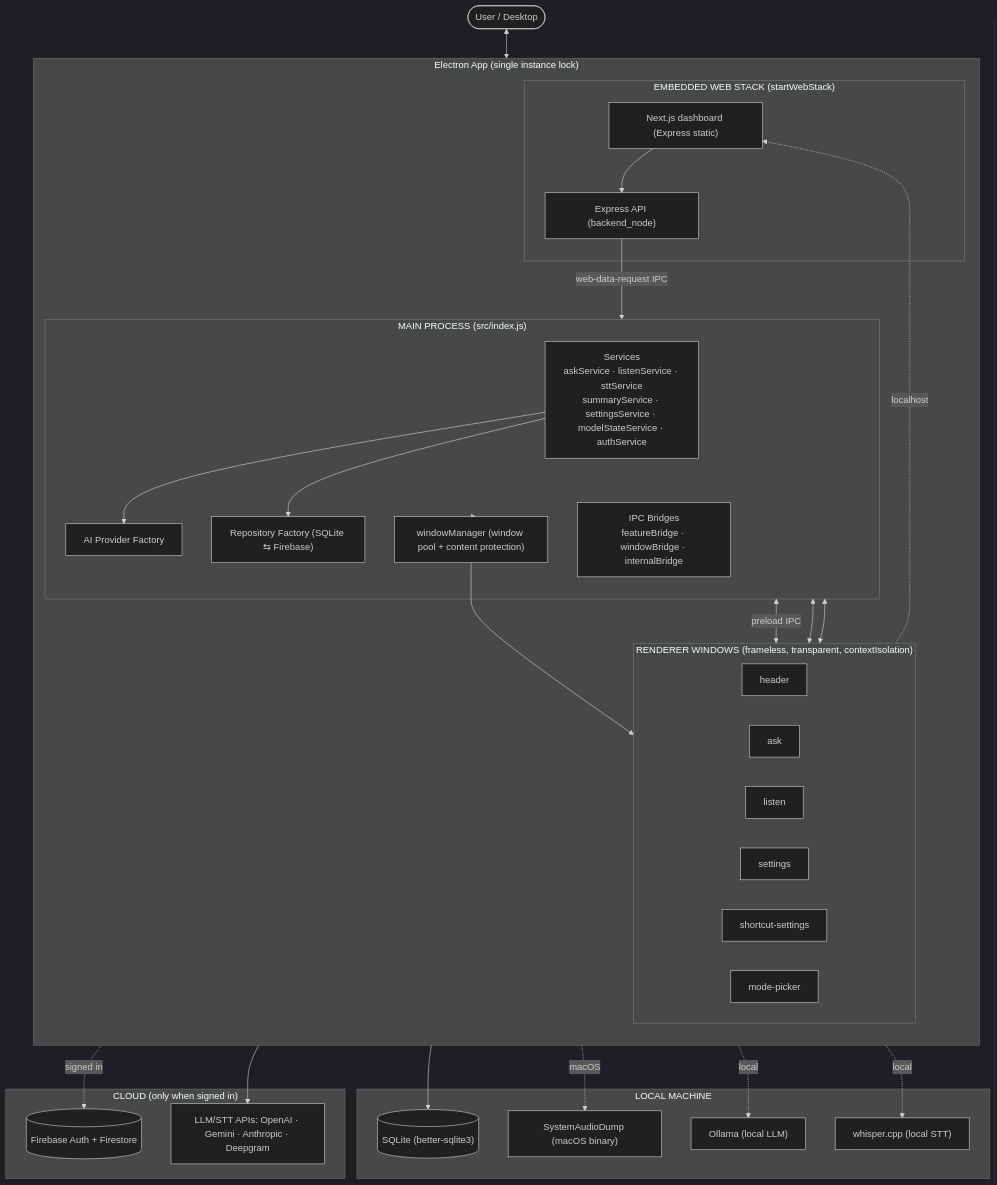
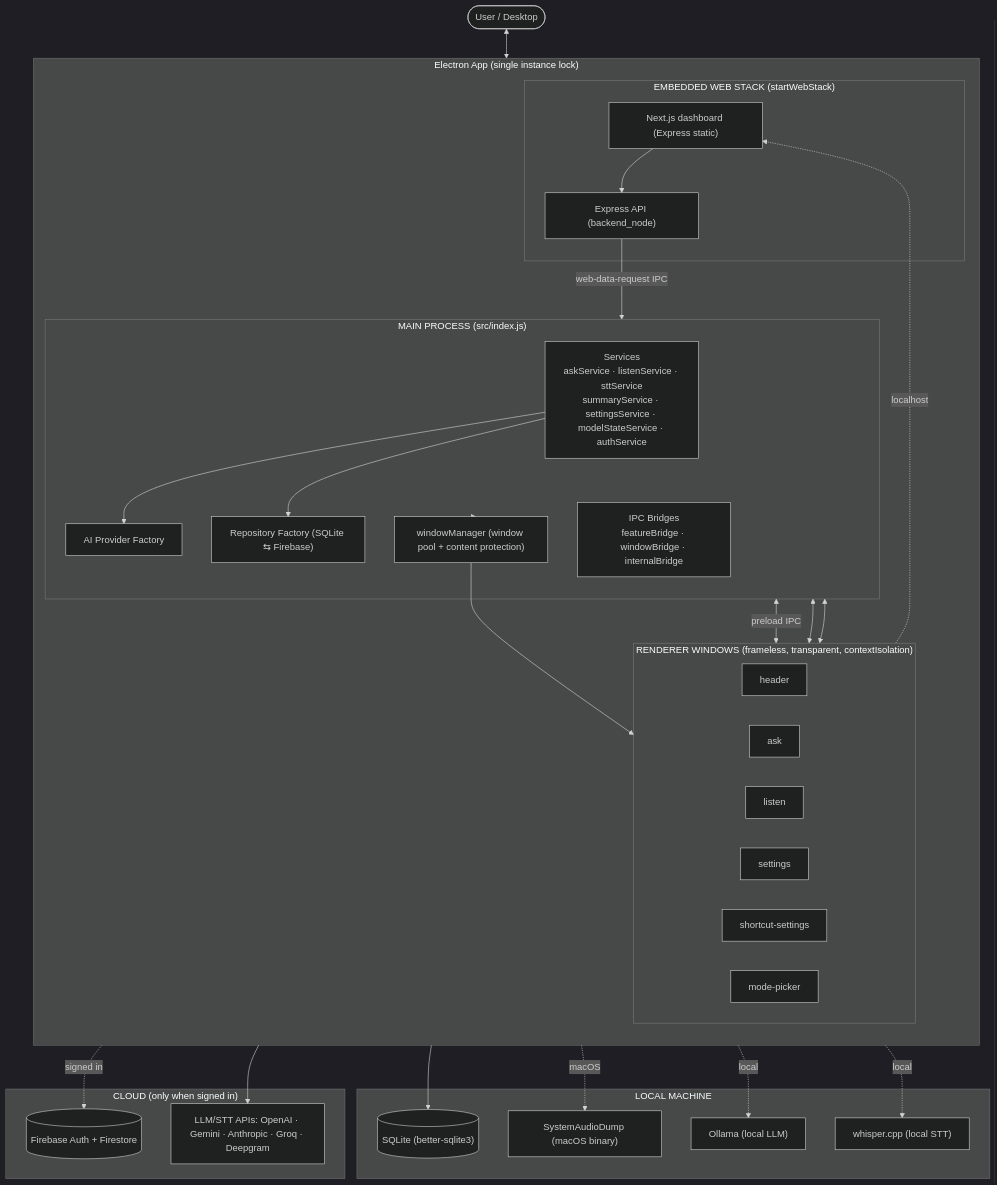
Before and after one commit to tas88-sys/glass: the first of 15 diagrams in ARCHITECTURE.md, drawn with Mermaid (dark theme). The commit also changed other lines of this file and 14 other files, not shown here.

````diff
--- a/ARCHITECTURE.md
+++ b/ARCHITECTURE.md
@@ -133,49 +133,49 @@
 ```mermaid
 flowchart TB
     user(["User / Desktop"])
     subgraph electron["Electron App (single instance lock)"]
         direction TB
         subgraph main["MAIN PROCESS  (src/index.js)"]
             svc["Services<br/>askService · listenService · sttService<br/>summaryService · settingsService · modelStateService · authService"]
             bridges["IPC Bridges<br/>featureBridge · windowBridge · internalBridge"]
             repos["Repository Factory (SQLite ⇆ Firebase)"]
             ai["AI Provider Factory"]
             winmgr["windowManager (window pool + content protection)"]
         end
         subgraph renderers["RENDERER WINDOWS (frameless, transparent, contextIsolation)"]
             direction LR
             header["header"]
             ask["ask"]
             listen["listen"]
             settings["settings"]
             shortcut["shortcut-settings"]
             modepicker["mode-picker"]
         end
         subgraph webstack["EMBEDDED WEB STACK (startWebStack)"]
             nextjs["Next.js dashboard (Express static)"]
             apisrv["Express API (backend_node)"]
         end
     end
     subgraph local["LOCAL MACHINE"]
         sqlite[("SQLite (better-sqlite3)")]
         sysaudio["SystemAudioDump (macOS binary)"]
         ollama["Ollama (local LLM)"]
         whisper["whisper.cpp (local STT)"]
     end
     subgraph cloud["CLOUD (only when signed in)"]
         firebase[("Firebase Auth + Firestore")]
-        providers["LLM/STT APIs: OpenAI · Gemini · Anthropic · Deepgram"]
+        providers["LLM/STT APIs: OpenAI · Gemini · Anthropic · Groq · Deepgram"]
     end
     user <--> header
     header <-->|preload IPC| main
     ask <--> main
     listen <--> main
     main --> winmgr --> renderers
     svc --> ai --> providers
     svc --> repos --> sqlite
     repos -. signed in .-> firebase
     ai -. local .-> ollama
     ai -. local .-> whisper
     svc -. macOS .-> sysaudio
     header -. localhost .-> nextjs --> apisrv -->|web-data-request IPC| main
 ```
````
